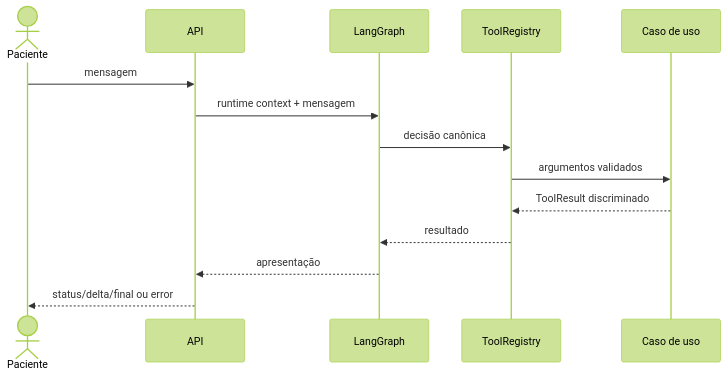
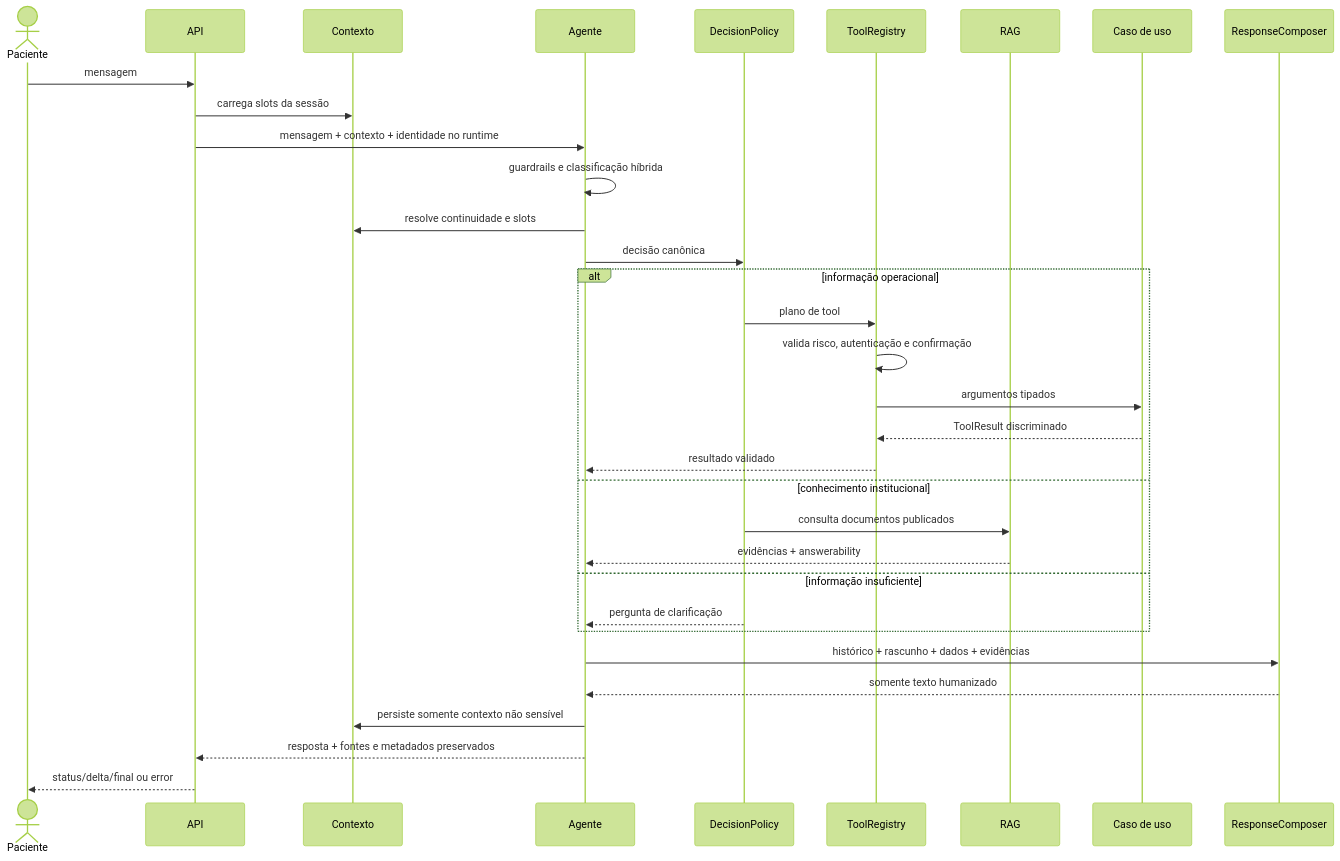
The diagram in docs/architecture/chat-flow.md (gabriel-roque/alyvo), drawn with Mermaid (forest theme) before and after one commit. The commit also changed other lines of this file and 46 other files, not shown here.

````diff
--- a/docs/architecture/chat-flow.md
+++ b/docs/architecture/chat-flow.md
@@ -3,16 +3,35 @@
 ```mermaid
 sequenceDiagram
   actor P as Paciente
   participant API
-  participant A as LangGraph
+  participant C as Contexto
+  participant A as Agente
+  participant D as DecisionPolicy
   participant T as ToolRegistry
+  participant R as RAG
   participant U as Caso de uso
+  participant L as ResponseComposer
   P->>API: mensagem
-  API->>A: runtime context + mensagem
-  A->>T: decisão canônica
-  T->>U: argumentos validados
-  U-->>T: ToolResult discriminado
-  T-->>A: resultado
-  A-->>API: apresentação
+  API->>C: carrega slots da sessão
+  API->>A: mensagem + contexto + identidade no runtime
+  A->>A: guardrails e classificação híbrida
+  A->>C: resolve continuidade e slots
+  A->>D: decisão canônica
+  alt informação operacional
+    D->>T: plano de tool
+    T->>T: valida risco, autenticação e confirmação
+    T->>U: argumentos tipados
+    U-->>T: ToolResult discriminado
+    T-->>A: resultado validado
+  else conhecimento institucional
+    D->>R: consulta documentos publicados
+    R-->>A: evidências + answerability
+  else informação insuficiente
+    D-->>A: pergunta de clarificação
+  end
+  A->>L: histórico + rascunho + dados + evidências
+  L-->>A: somente texto humanizado
+  A->>C: persiste somente contexto não sensível
+  A-->>API: resposta + fontes e metadados preservados
   API-->>P: status/delta/final ou error
 ```
````
